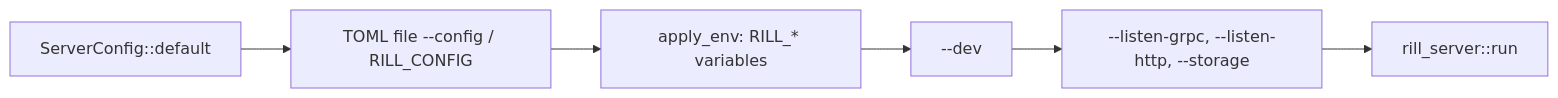
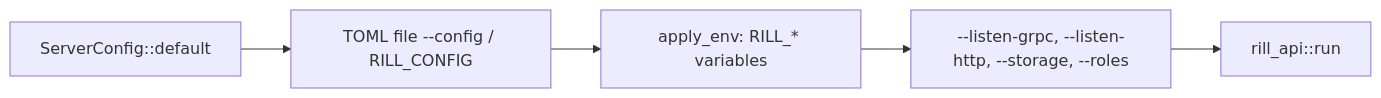
One commit to envoy1084/rill changed the diagram in architecture/07-runtime/configuration.md. Above: the diagram before and after it, drawn with Mermaid. The commit also changed other lines of this file and 116 other files, not shown here.

First line of the commit message:
api,cli: rename rill-server to rill-api; rill dev and rill api replace the server binary

````diff
--- a/architecture/07-runtime/configuration.md
+++ b/architecture/07-runtime/configuration.md
@@ -11,8 +11,7 @@
 ```mermaid
 flowchart LR
     D[ServerConfig::default] --> F[TOML file --config / RILL_CONFIG]
     F --> E[apply_env: RILL_* variables]
-    E --> Dev[--dev]
-    Dev --> Fl[--listen-grpc, --listen-http, --storage]
-    Fl --> Run[rill_server::run]
+    E --> Fl[--listen-grpc, --listen-http, --storage, --roles]
+    Fl --> Run[rill_api::run]
 ```
````
